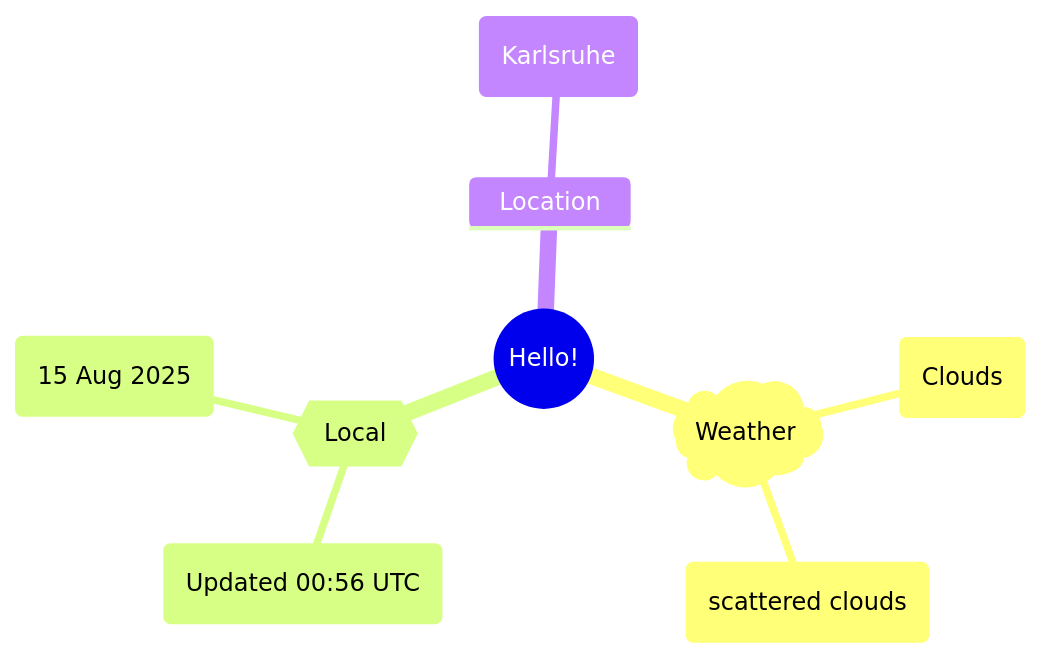
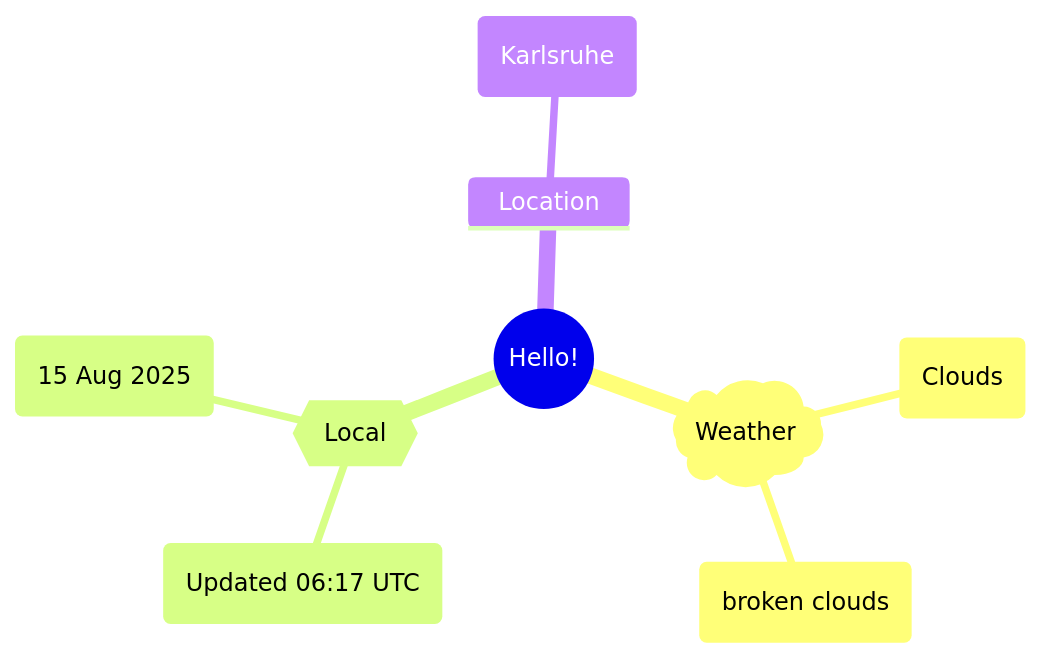
The first of 2 diagrams in README.md (Xosrov/Xosrov), drawn with Mermaid before and after one commit.

Commit message:
[bot] updated images

````diff
--- a/README.md
+++ b/README.md
@@ -3,12 +3,12 @@
 ```mermaid
 mindmap
   root((Hello!))
     )Weather(
         (Clouds)
-        (scattered clouds)
+        (broken clouds)
     {{Local}}
-        (Updated 00:56 UTC)
+        (Updated 06:17 UTC)
         (15 Aug 2025)
     Location
         (Karlsruhe)
 ```
````
